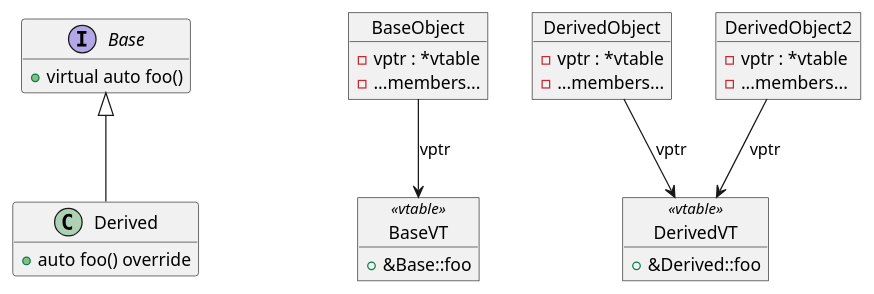
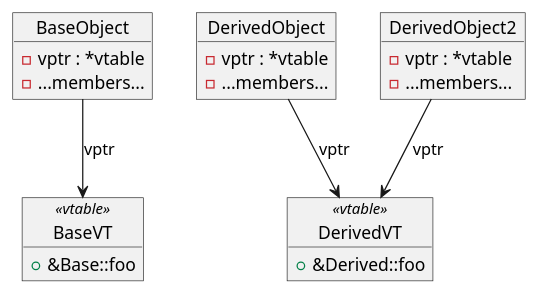
The diagram in posts.org (david-alvarez-rosa/personal-website), drawn with PlantUML before and after one commit. The commit also changed other lines of this file and 5 other files, not shown here.

```diff
--- a/posts.org
+++ b/posts.org
@@ -851,47 +856,32 @@
-#+begin_src plantuml :file diagram.png
+#+begin_src plantuml :file diagram.png :eval never
   @startuml
-
   hide empty members
-
-  interface Base {
-    + virtual auto foo()
-  }
-
-  class Derived {
-    + auto foo() override
-  }
-
-  Base <|-- Derived
-
-  class ZZZ
-  hide ZZZ
 
   object BaseVT <<vtable>> {
     + &Base::foo
   }
 
   object DerivedVT <<vtable>> {
     + &Derived::foo
   }
 
   object BaseObject {
     - vptr : *vtable
     - ...members...
   }
 
   object DerivedObject {
     - vptr : *vtable
     - ...members...
   }
 
   object DerivedObject2 {
     - vptr : *vtable
     - ...members...
   }
 
   BaseObject --> BaseVT : vptr
   DerivedObject --> DerivedVT : vptr
   DerivedObject2 --> DerivedVT : vptr
-
   @enduml
 #+end_src
```
